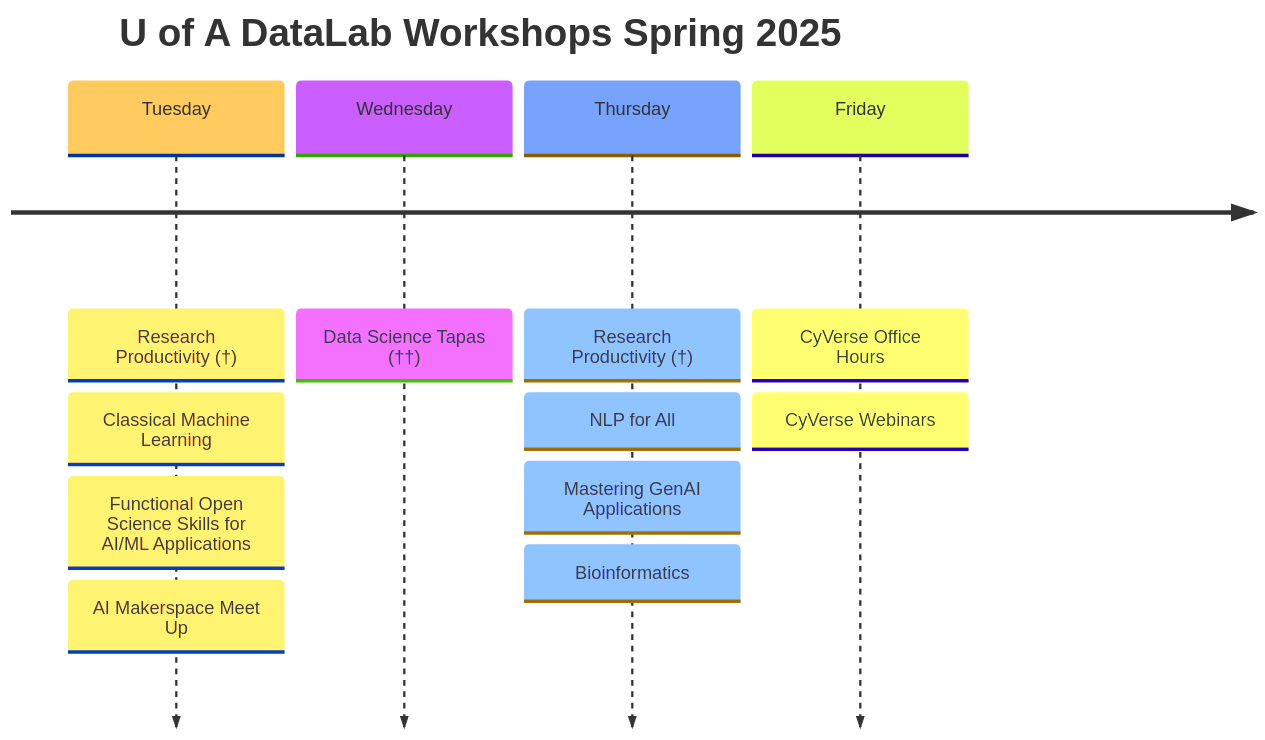
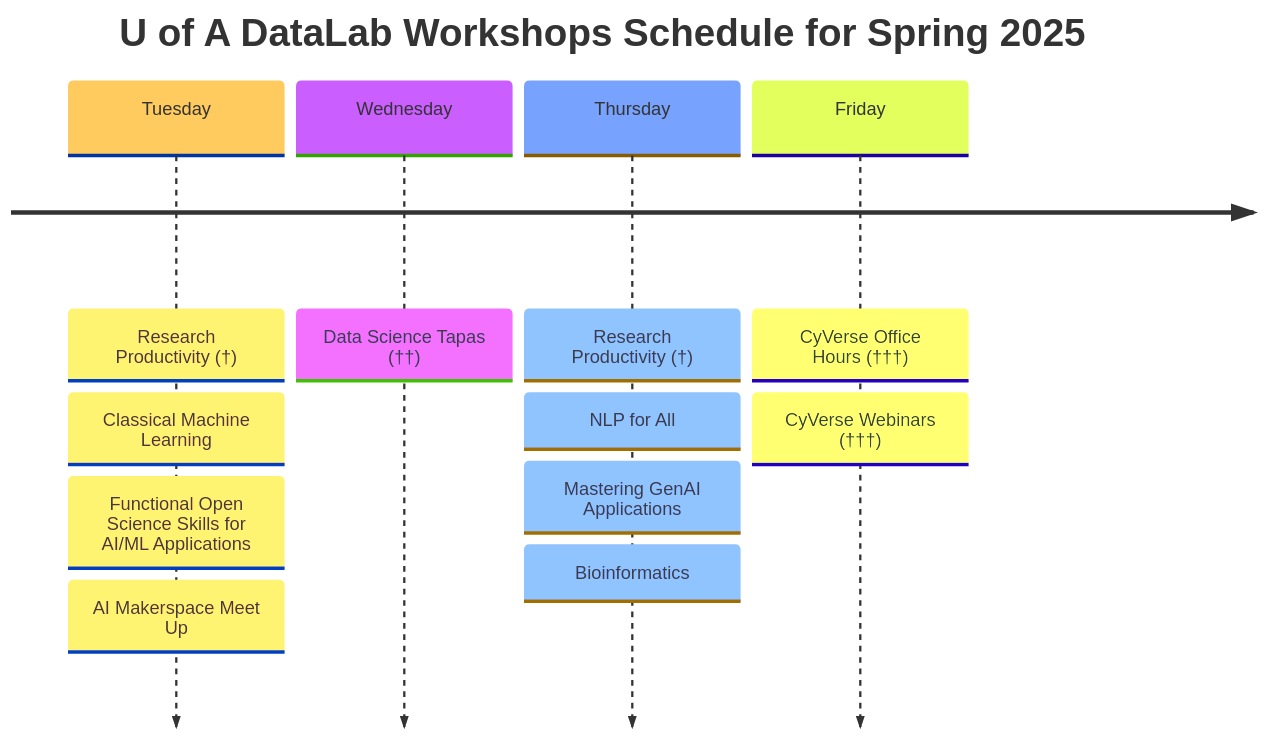
One commit to ua-datalab/ua-datalab.github.io changed the diagram in docs/index.md. Above: the diagram before and after it, drawn with Mermaid. The commit also changed other lines of this file, not shown here.

````diff
--- a/docs/index.md
+++ b/docs/index.md
@@ -29,16 +29,16 @@
 ```mermaid
 %%{init: { 'logLevel': 'debug', 'theme': 'base' } }%%
 timeline
-    title U of A DataLab Workshops Spring 2025
+    title U of A DataLab Workshops Schedule for Spring 2025
     Tuesday : Research Productivity (†)
     	    : Classical Machine Learning
 	    : Functional Open Science Skills for AI/ML Applications
 	    : AI Makerspace Meet Up
     Wednesday : Data Science Tapas (††)
     Thursday : Research Productivity (†)
     	     : NLP for All
     	     : Mastering GenAI Applications
     	     : Bioinformatics
-    Friday : CyVerse Office Hours
-    	   : CyVerse Webinars
+    Friday : CyVerse Office Hours (†††)
+    	   : CyVerse Webinars (†††)
 ```
````
